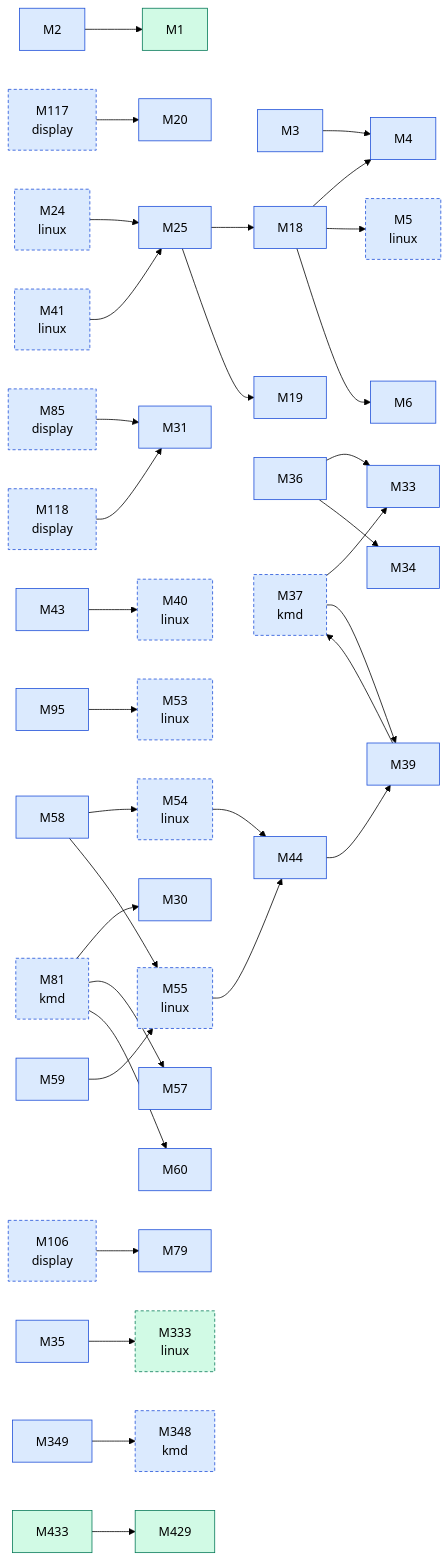
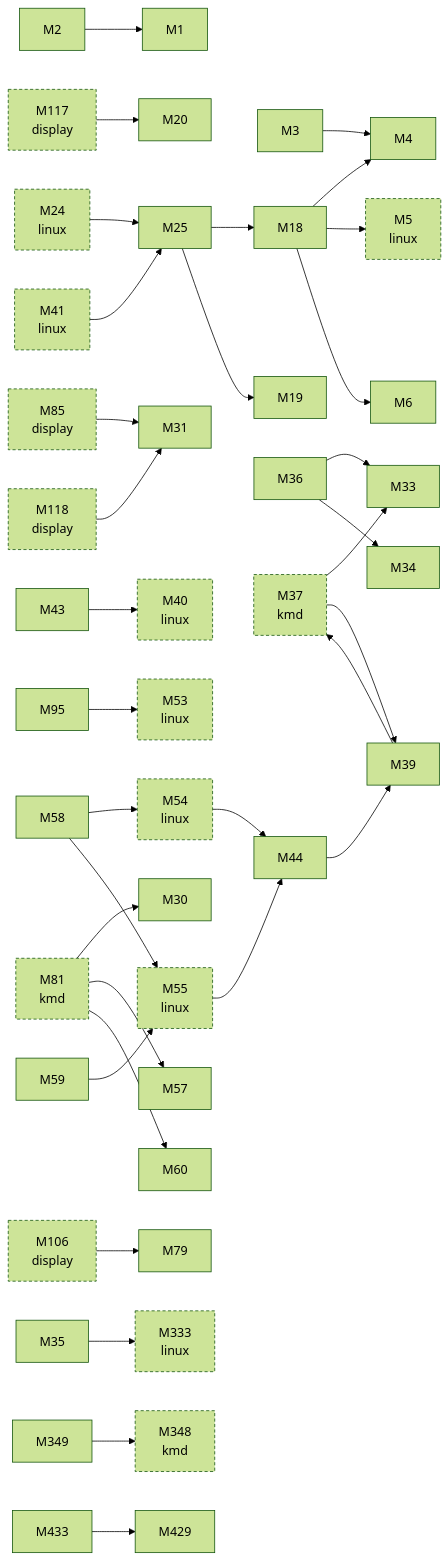
The second of 2 diagrams in docs/facts/graphs/hardware.md (D-Ogi/amdgpu-wddm), drawn with Mermaid (forest theme) before and after one commit. The commit also changed other lines of this file and 9 other files, not shown here.

First line of the commit message:
docs/facts: plain graph nodes, no status colouring

````diff
--- a/docs/facts/graphs/hardware.md
+++ b/docs/facts/graphs/hardware.md
@@ -55,47 +51,47 @@
 ```mermaid
 flowchart LR
-  M1["M1"]:::CONFIRMED
-  M2["M2"]:::MEASURED
-  M3["M3"]:::MEASURED
-  M4["M4"]:::MEASURED
-  M5["M5<br/>linux"]:::MEASURED
-  M6["M6"]:::MEASURED
-  M18["M18"]:::MEASURED
-  M19["M19"]:::MEASURED
-  M20["M20"]:::MEASURED
-  M24["M24<br/>linux"]:::MEASURED
-  M25["M25"]:::MEASURED
-  M30["M30"]:::MEASURED
-  M31["M31"]:::MEASURED
-  M33["M33"]:::MEASURED
-  M34["M34"]:::MEASURED
-  M35["M35"]:::MEASURED
-  M36["M36"]:::MEASURED
-  M37["M37<br/>kmd"]:::MEASURED
-  M39["M39"]:::MEASURED
-  M40["M40<br/>linux"]:::MEASURED
-  M41["M41<br/>linux"]:::MEASURED
-  M43["M43"]:::MEASURED
-  M44["M44"]:::MEASURED
-  M53["M53<br/>linux"]:::MEASURED
-  M54["M54<br/>linux"]:::MEASURED
-  M55["M55<br/>linux"]:::MEASURED
-  M57["M57"]:::MEASURED
-  M58["M58"]:::MEASURED
-  M59["M59"]:::MEASURED
-  M60["M60"]:::MEASURED
-  M79["M79"]:::MEASURED
-  M81["M81<br/>kmd"]:::MEASURED
-  M85["M85<br/>display"]:::MEASURED
-  M95["M95"]:::MEASURED
-  M106["M106<br/>display"]:::MEASURED
-  M117["M117<br/>display"]:::MEASURED
-  M118["M118<br/>display"]:::MEASURED
-  M333["M333<br/>linux"]:::CONFIRMED
-  M348["M348<br/>kmd"]:::MEASURED
-  M349["M349"]:::MEASURED
-  M429["M429"]:::CONFIRMED
-  M433["M433"]:::CONFIRMED
+  M1["M1"]
+  M2["M2"]
+  M3["M3"]
+  M4["M4"]
+  M5["M5<br/>linux"]
+  M6["M6"]
+  M18["M18"]
+  M19["M19"]
+  M20["M20"]
+  M24["M24<br/>linux"]
+  M25["M25"]
+  M30["M30"]
+  M31["M31"]
+  M33["M33"]
+  M34["M34"]
+  M35["M35"]
+  M36["M36"]
+  M37["M37<br/>kmd"]
+  M39["M39"]
+  M40["M40<br/>linux"]
+  M41["M41<br/>linux"]
+  M43["M43"]
+  M44["M44"]
+  M53["M53<br/>linux"]
+  M54["M54<br/>linux"]
+  M55["M55<br/>linux"]
+  M57["M57"]
+  M58["M58"]
+  M59["M59"]
+  M60["M60"]
+  M79["M79"]
+  M81["M81<br/>kmd"]
+  M85["M85<br/>display"]
+  M95["M95"]
+  M106["M106<br/>display"]
+  M117["M117<br/>display"]
+  M118["M118<br/>display"]
+  M333["M333<br/>linux"]
+  M348["M348<br/>kmd"]
+  M349["M349"]
+  M429["M429"]
+  M433["M433"]
   M2 --> M1
   M3 --> M4
   M18 --> M4
@@ -128,10 +124,6 @@
   M41 --> M25
   M54 --> M44
   M55 --> M44
-  classDef HYPOTHESIS fill:#fff3c4,stroke:#9a7b00,color:#000
-  classDef MEASURED fill:#dbeafe,stroke:#1d4ed8,color:#000
-  classDef CONFIRMED fill:#d1fae5,stroke:#047857,color:#000
-  classDef REFUTED fill:#fee2e2,stroke:#b91c1c,color:#000
   classDef other stroke-dasharray:4 3
   class M5,M24,M37,M40,M41,M53,M54,M55,M81,M85,M106,M117,M118,M333,M348 other
 ```
````
